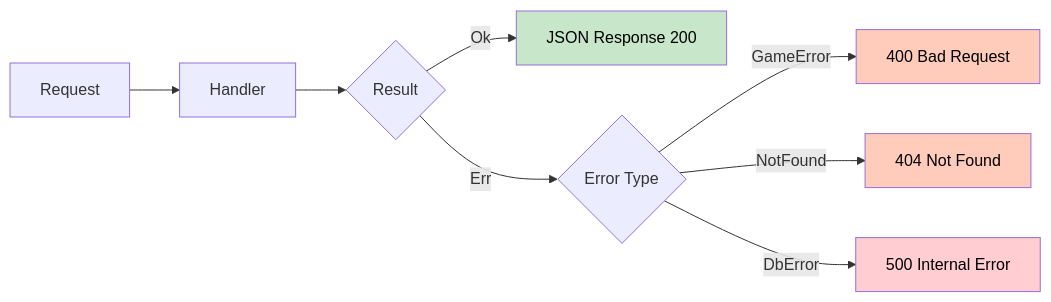
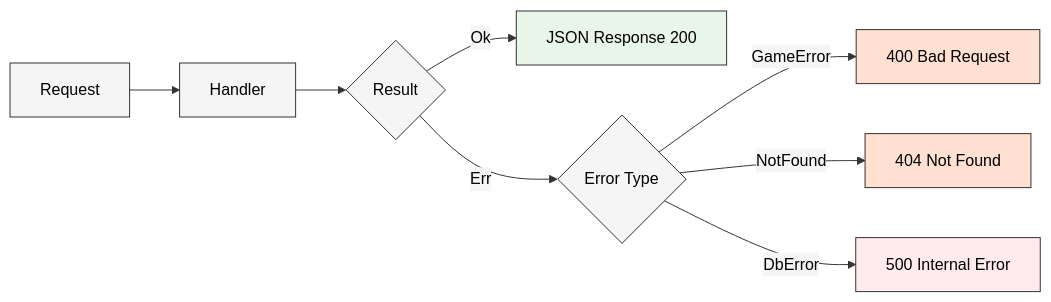
One commit to sw-game-dev/game-mcp-poc changed the fourth of 5 diagrams in wiki/Backend-Architecture.md. Above: the diagram before and after it, drawn with Mermaid. The commit also changed other lines of this file and 6 other files, not shown here.

First line of the commit message:
fix: Improve mermaid diagram contrast with theme and lighter colors

````diff
--- a/wiki/Backend-Architecture.md
+++ b/wiki/Backend-Architecture.md
@@ -405,15 +408,16 @@
 ```mermaid
+%%{init: {'theme':'base', 'themeVariables': {'primaryColor':'#f5f5f5','primaryTextColor':'#000','primaryBorderColor':'#333','lineColor':'#333','secondaryColor':'#f5f5f5','tertiaryColor':'#f5f5f5'}}}%%
 graph LR
     A[Request] --> B[Handler]
     B --> C{Result}
     C -->|Ok| D[JSON Response 200]
     C -->|Err| E{Error Type}
     E -->|GameError| F[400 Bad Request]
     E -->|NotFound| G[404 Not Found]
     E -->|DbError| H[500 Internal Error]
 
-    style D fill:#c8e6c9,color:#000
-    style F fill:#ffccbc,color:#000
-    style G fill:#ffccbc,color:#000
-    style H fill:#ffcdd2,color:#000
+    style D fill:#e8f5e9,color:#000
+    style F fill:#ffe0d1,color:#000
+    style G fill:#ffe0d1,color:#000
+    style H fill:#ffebee,color:#000
 ```
````
